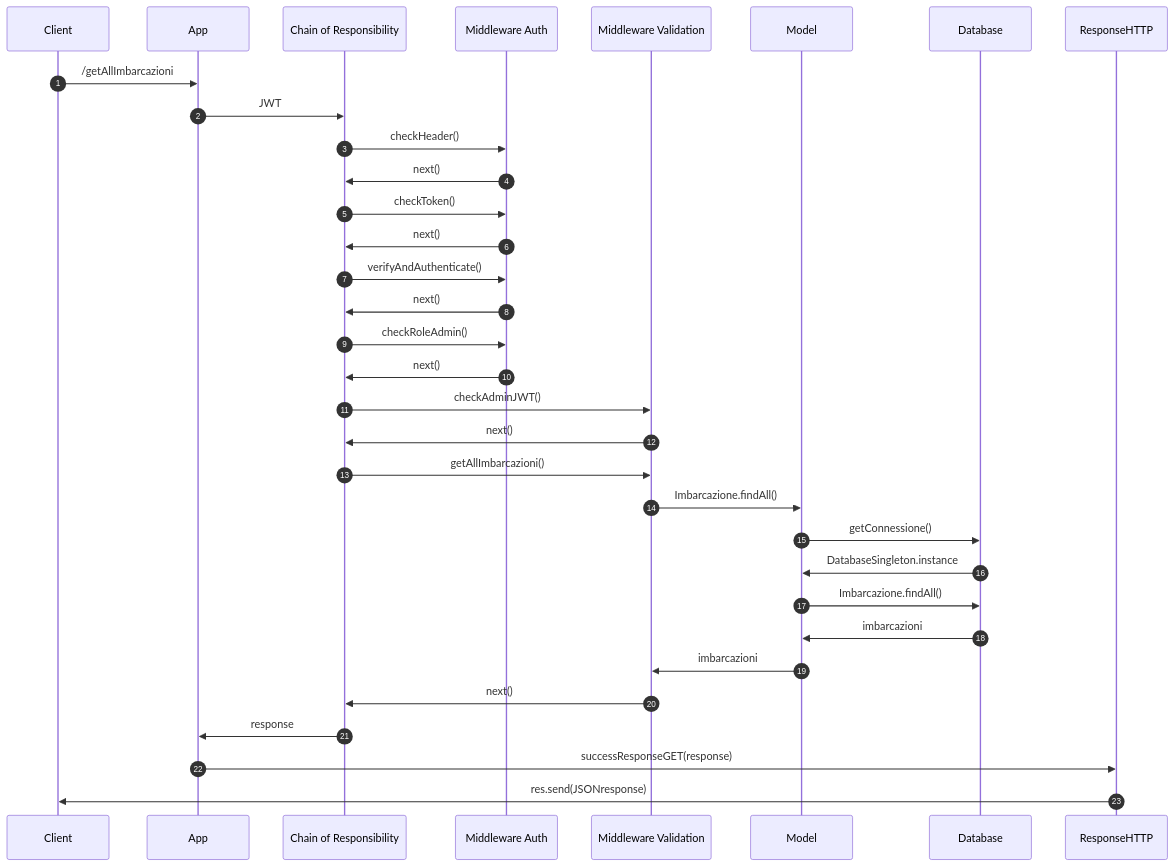
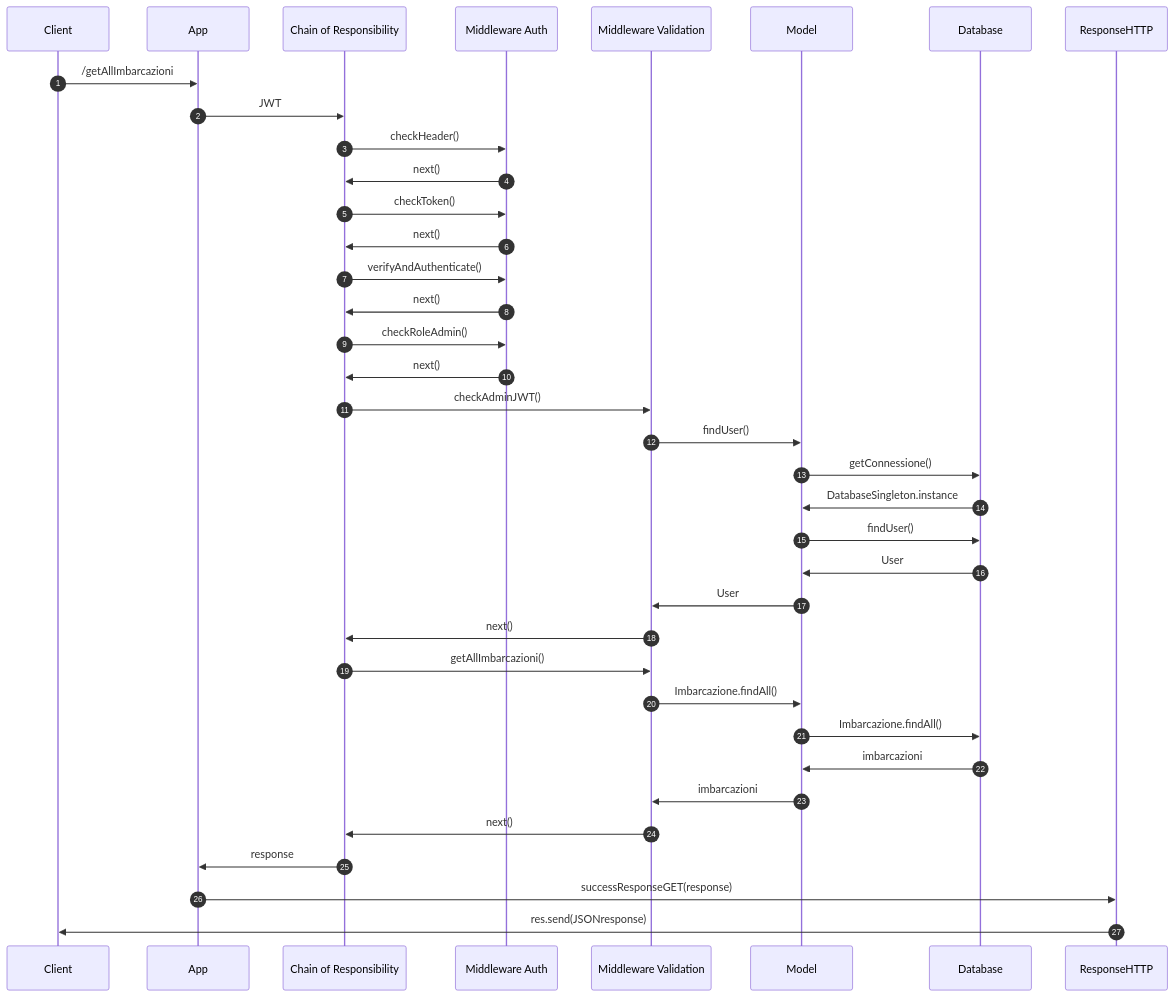
Before and after one commit to abbru-matte/Boats-Project: the first of 2 diagrams in README.md, drawn with Mermaid. The commit also changed other lines of this file, not shown here.

````diff
--- a/README.md
+++ b/README.md
@@ -10,28 +10,32 @@
 ```mermaid
 sequenceDiagram
 autonumber
 Client ->> App : /getAllImbarcazioni
 App ->> Chain of Responsibility : JWT
 Chain of Responsibility ->> Middleware Auth : checkHeader()
 Middleware Auth ->> Chain of Responsibility : next()
 Chain of Responsibility ->> Middleware Auth : checkToken()
 Middleware Auth ->> Chain of Responsibility : next()
 Chain of Responsibility ->> Middleware Auth : verifyAndAuthenticate()
 Middleware Auth ->> Chain of Responsibility : next()
 Chain of Responsibility ->> Middleware Auth : checkRoleAdmin()
 Middleware Auth ->> Chain of Responsibility : next()
 Chain of Responsibility ->> Middleware Validation : checkAdminJWT()
+Middleware Validation ->> Model : findUser()
+Model ->> Database : getConnessione()
+Database ->> Model : DatabaseSingleton.instance
+Model ->> Database : findUser()
+Database ->> Model : User
+Model ->> Middleware Validation : User
 Middleware Validation ->> Chain of Responsibility : next()
 Chain of Responsibility ->> Middleware Validation : getAllImbarcazioni()
 Middleware Validation ->> Model : Imbarcazione.findAll()
-Model ->> Database : getConnessione()
-Database ->> Model : DatabaseSingleton.instance
 Model ->> Database : Imbarcazione.findAll()
 Database ->> Model : imbarcazioni
 Model ->> Middleware Validation : imbarcazioni
 Middleware Validation ->> Chain of Responsibility : next()
 Chain of Responsibility ->> App : response
 App ->> ResponseHTTP : successResponseGET(response)
 ResponseHTTP ->> Client : res.send(JSONresponse)
 
 ```
````
